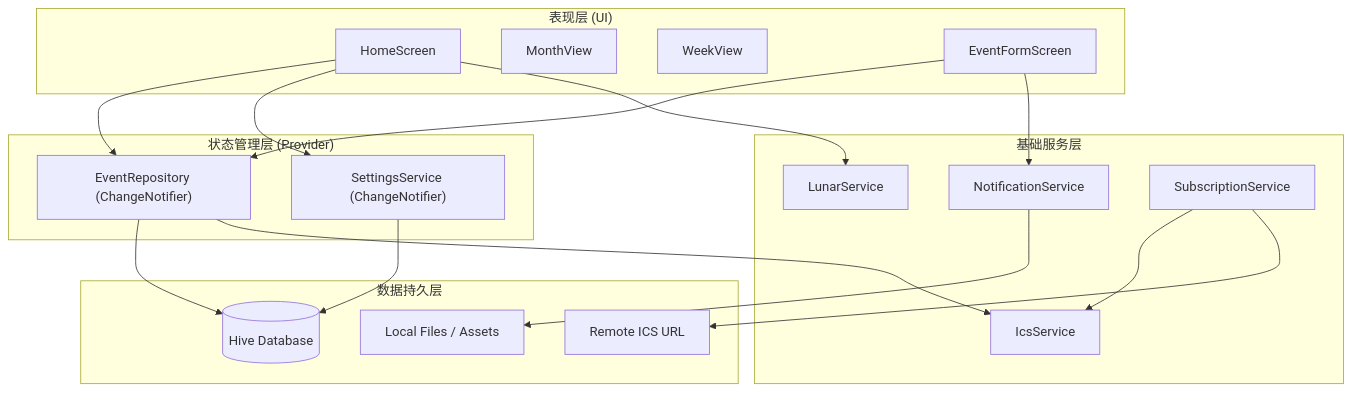
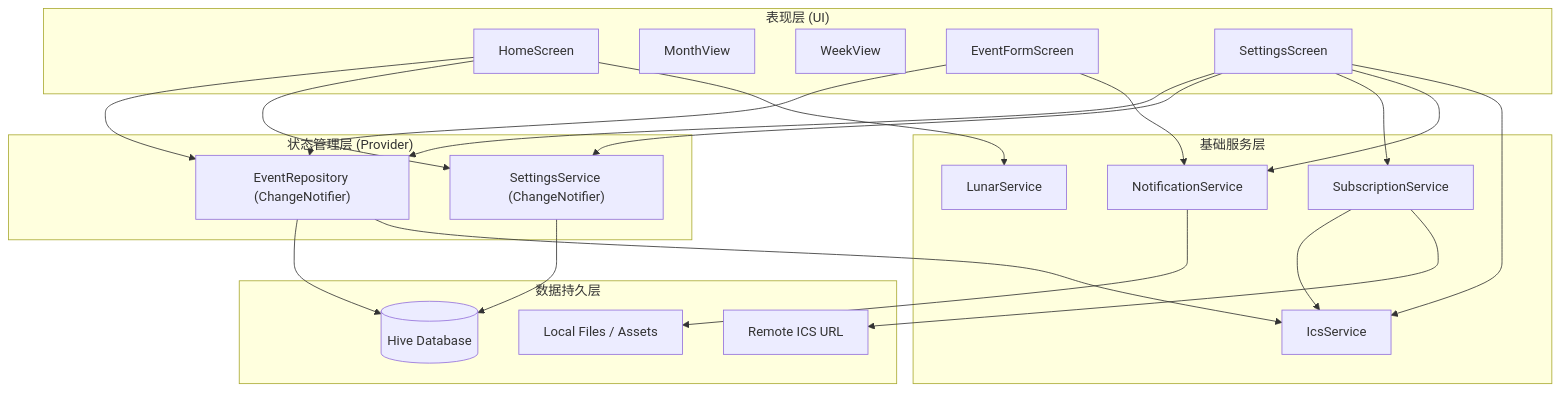
One commit to zivmax/tcamp_calender changed the diagram in docs/report.md. Above: the diagram before and after it, drawn with Mermaid.

Commit message:
docs: add SettingsScreen to architecture diagram and update service connections

````diff
--- a/docs/report.md
+++ b/docs/report.md
@@ -42,45 +42,52 @@
 ```mermaid
 graph TD
     subgraph UI_Layer ["表现层 (UI)"]
         Home[HomeScreen]
         MonthView[MonthView]
         WeekView[WeekView]
         Form[EventFormScreen]
+        Settings[SettingsScreen]
     end
 
     subgraph State_Layer ["状态管理层 (Provider)"]
         EventRepo["EventRepository (ChangeNotifier)"]
         SettingsSvc["SettingsService (ChangeNotifier)"]
     end
 
     subgraph Service_Layer ["基础服务层"]
         NotifSvc[NotificationService]
         LunarSvc[LunarService]
         IcsSvc[IcsService]
         SubSvc[SubscriptionService]
     end
 
     subgraph Data_Layer ["数据持久层"]
         HiveDB[(Hive Database)]
         LocalFiles[Local Files / Assets]
         RemoteICS[Remote ICS URL]
     end
 
     %% Relationships
     Home --> EventRepo
     Home --> SettingsSvc
     Home --> LunarSvc
     
     Form --> EventRepo
     Form --> NotifSvc
+
+    Settings --> EventRepo
+    Settings --> SettingsSvc
+    Settings --> SubSvc
+    Settings --> NotifSvc
+    Settings --> IcsSvc
     
     EventRepo --> HiveDB
     EventRepo --> IcsSvc
     
     SubSvc --> IcsSvc
     SubSvc --> RemoteICS
     
     NotifSvc --> LocalFiles
     
     SettingsSvc --> HiveDB
 ```
````
